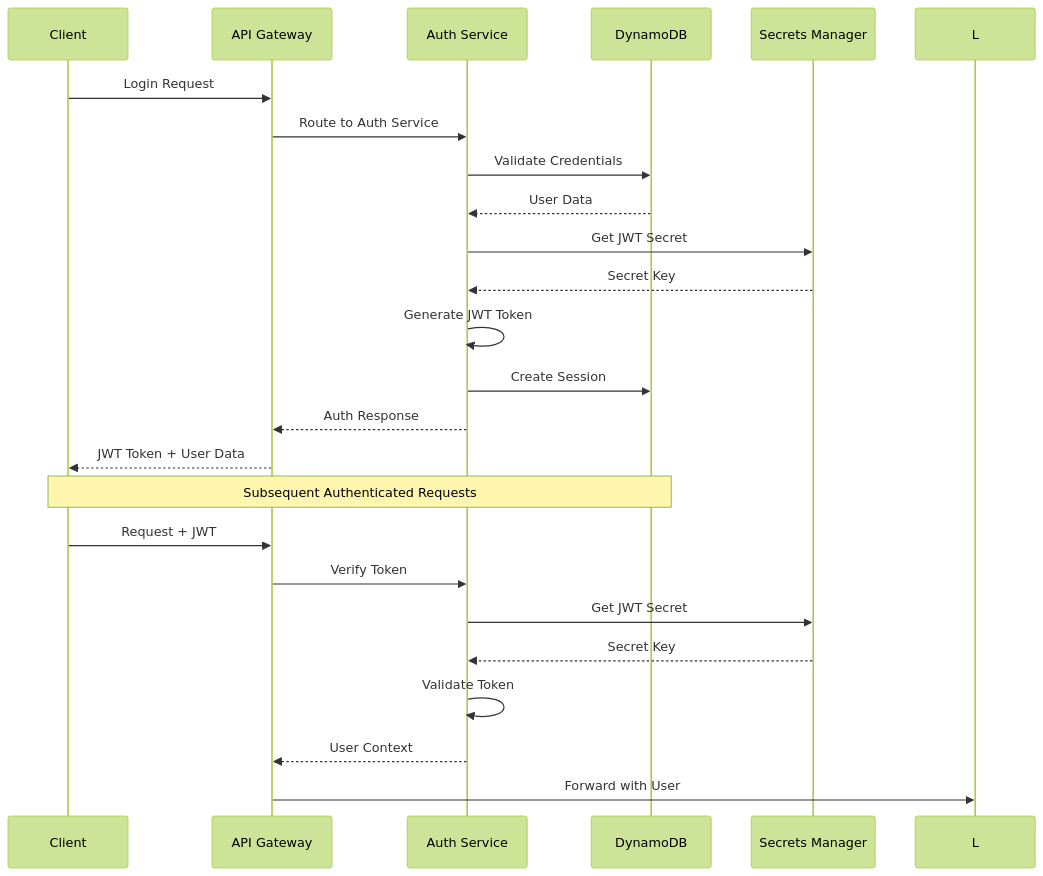
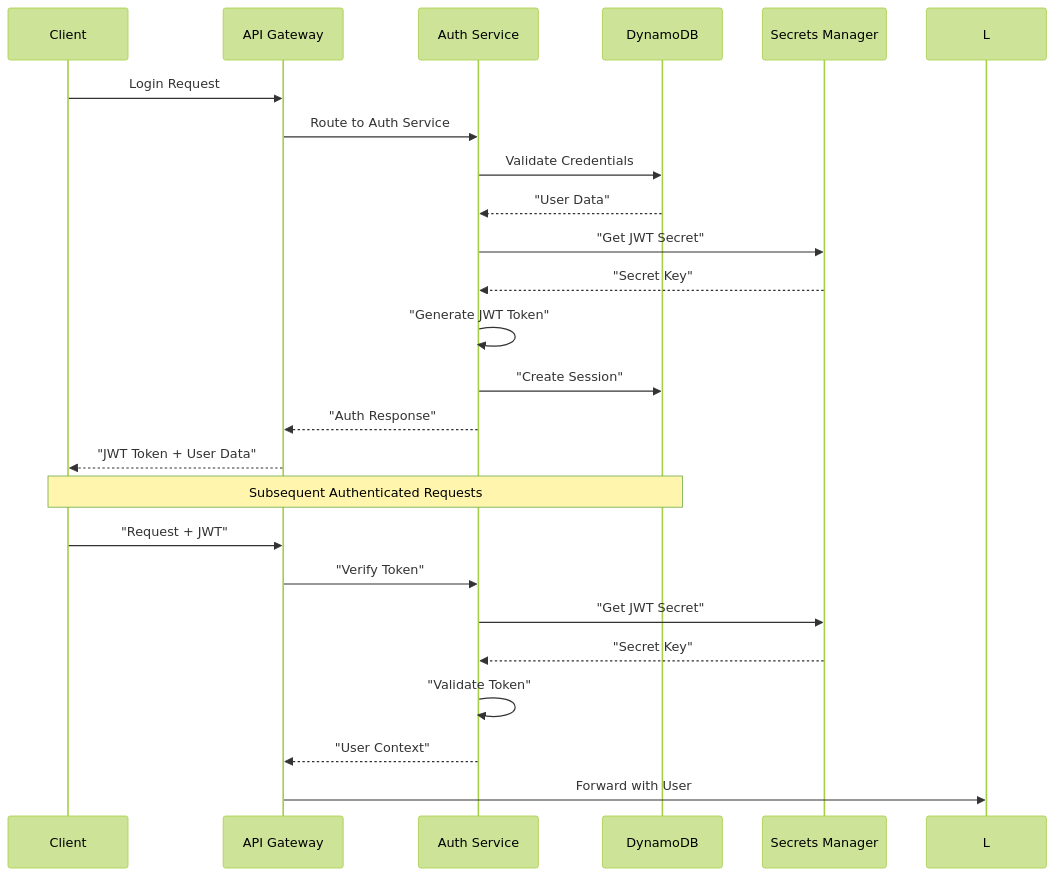
One commit to felixep/harborlist-marketplace changed the tenth of 12 diagrams in docs/architecture/README.md. Above: the diagram before and after it, drawn with Mermaid (forest theme). The commit also changed other lines of this file and 8 other files, not shown here.

First line of the commit message:
🔧 Fix Mermaid diagram rendering issues while preserving layouts

````diff
--- a/docs/architecture/README.md
+++ b/docs/architecture/README.md
@@ -726,28 +726,28 @@
 ```mermaid
 sequenceDiagram
     participant C as Client
     participant AG as API Gateway
     participant AS as Auth Service
     participant DB as DynamoDB
     participant SM as Secrets Manager
 
     C->>AG: Login Request
     AG->>AS: Route to Auth Service
     AS->>DB: Validate Credentials
-    DB-->>AS: User Data
-    AS->>SM: Get JWT Secret
-    SM-->>AS: Secret Key
-    AS->>AS: Generate JWT Token
-    AS->>DB: Create Session
-    AS-->>AG: Auth Response
-    AG-->>C: JWT Token + User Data
+    DB-->>AS: "User Data"
+    AS->>SM: "Get JWT Secret"
+    SM-->>AS: "Secret Key"
+    AS->>AS: "Generate JWT Token"
+    AS->>DB: "Create Session"
+    AS-->>AG: "Auth Response"
+    AG-->>C: "JWT Token + User Data"
     
     Note over C,DB: Subsequent Authenticated Requests
-    C->>AG: Request + JWT
-    AG->>AS: Verify Token
-    AS->>SM: Get JWT Secret
-    SM-->>AS: Secret Key
-    AS->>AS: Validate Token
-    AS-->>AG: User Context
+    C->>AG: "Request + JWT"
+    AG->>AS: "Verify Token"
+    AS->>SM: "Get JWT Secret"
+    SM-->>AS: "Secret Key"
+    AS->>AS: "Validate Token"
+    AS-->>AG: "User Context"
     AG->>L: Forward with User
 ```
````
